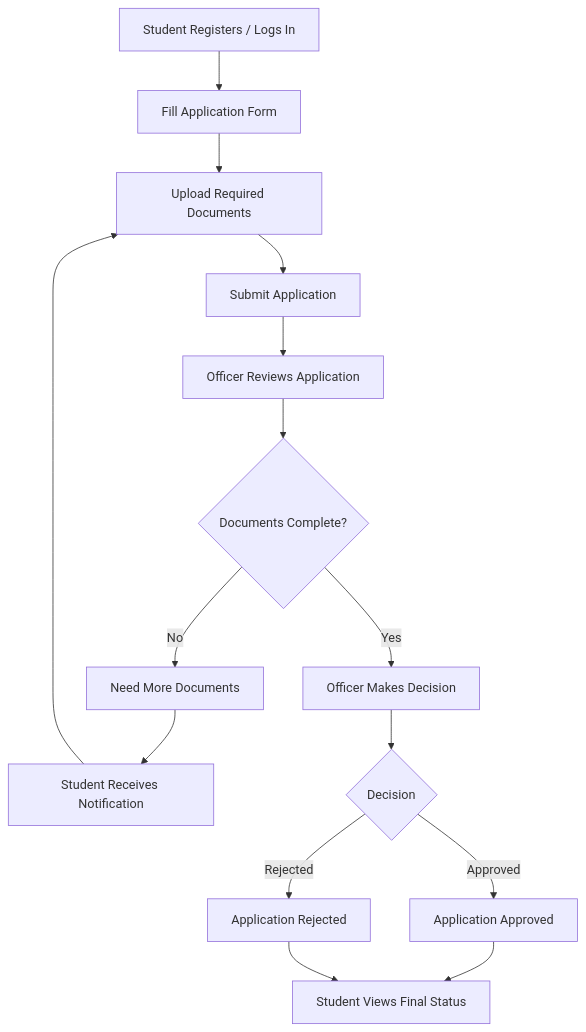
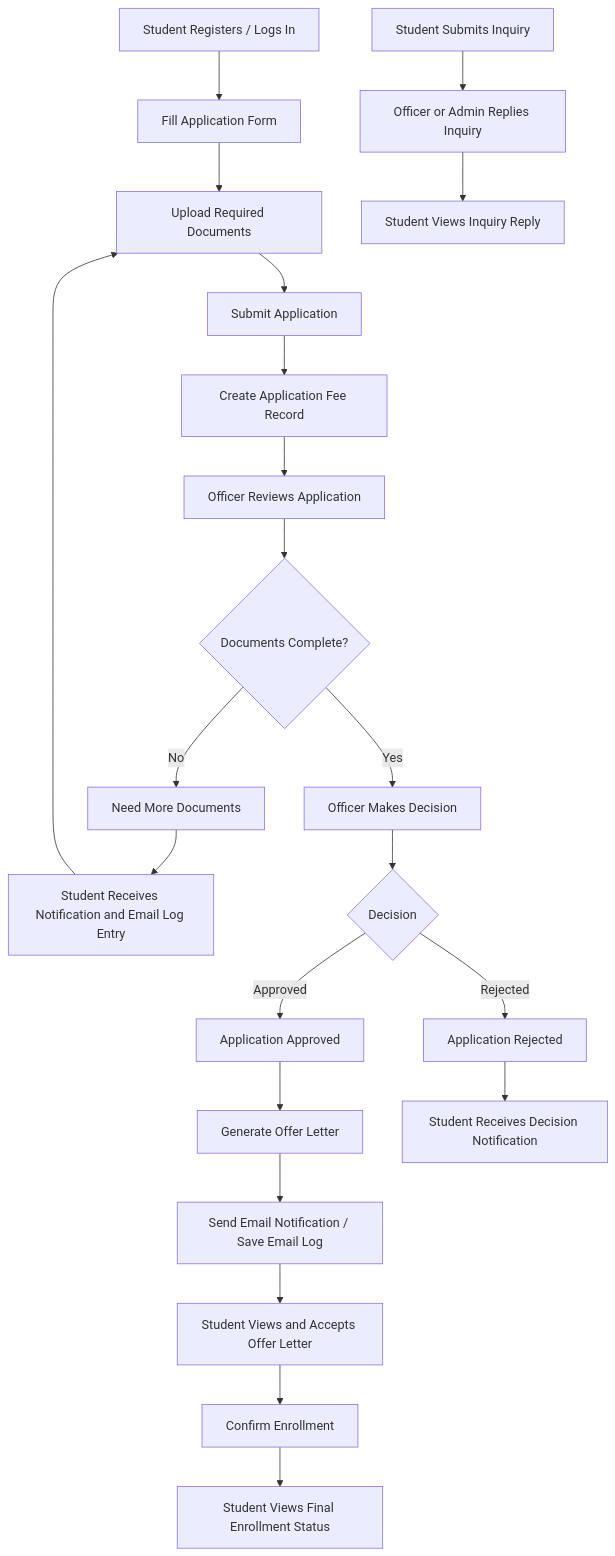
The first of 6 diagrams in README.md (EthanYixuanMi/WKU-Admission-System), drawn with Mermaid before and after one commit. The commit also changed other lines of this file, not shown here.

Commit message:
Update README UML diagrams

````diff
--- a/README.md
+++ b/README.md
@@ -96,17 +96,25 @@
 ```mermaid
 flowchart TD
     A[Student Registers / Logs In] --> B[Fill Application Form]
     B --> C[Upload Required Documents]
     C --> D[Submit Application]
-    D --> E[Officer Reviews Application]
-    E --> F{Documents Complete?}
-    F -- No --> G[Need More Documents]
-    G --> H[Student Receives Notification]
-    H --> C
-    F -- Yes --> I[Officer Makes Decision]
-    I --> J{Decision}
-    J -- Approved --> K[Application Approved]
-    J -- Rejected --> L[Application Rejected]
-    K --> M[Student Views Final Status]
-    L --> M
+    D --> E[Create Application Fee Record]
+    E --> F[Officer Reviews Application]
+    F --> G{Documents Complete?}
+    G -- No --> H[Need More Documents]
+    H --> I[Student Receives Notification and Email Log Entry]
+    I --> C
+    G -- Yes --> J[Officer Makes Decision]
+    J --> K{Decision}
+    K -- Approved --> L[Application Approved]
+    L --> M[Generate Offer Letter]
+    M --> N[Send Email Notification / Save Email Log]
+    N --> O[Student Views and Accepts Offer Letter]
+    O --> P[Confirm Enrollment]
+    P --> Q[Student Views Final Enrollment Status]
+    K -- Rejected --> R[Application Rejected]
+    R --> S[Student Receives Decision Notification]
+
+    T[Student Submits Inquiry] --> U[Officer or Admin Replies Inquiry]
+    U --> V[Student Views Inquiry Reply]
 ```
````
